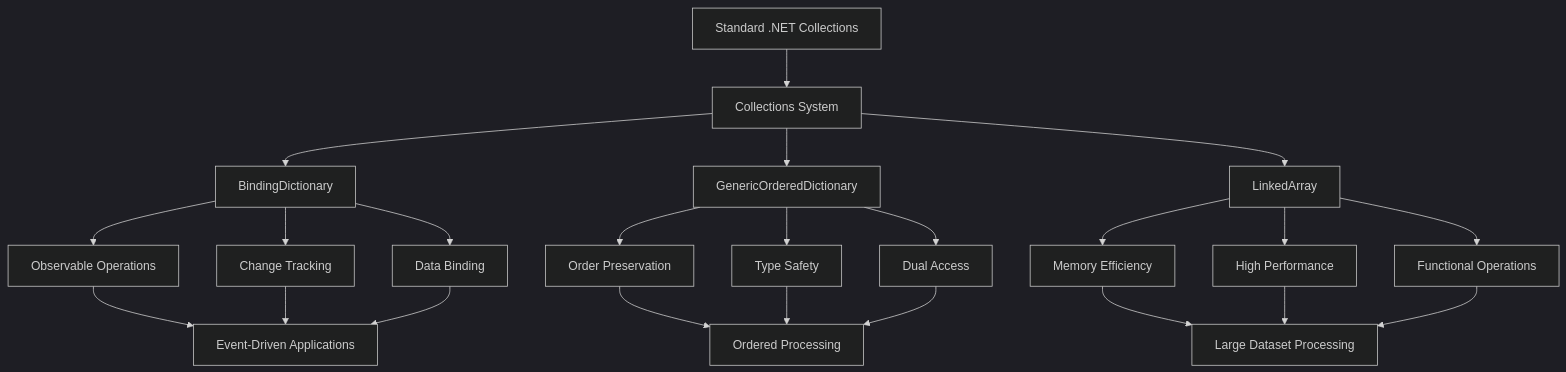
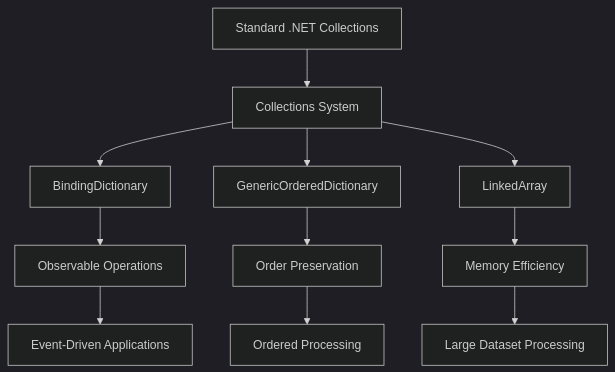
One commit to KiarashMinoo/ThunderPropagator.BuildingBlocks changed the diagram in docs/Application/Collections/README.md. Above: the diagram before and after it, drawn with Mermaid (dark theme). The commit also changed other lines of this file and 91 other files, not shown here.

````diff
--- a/docs/Application/Collections/README.md
+++ b/docs/Application/Collections/README.md
@@ -23,31 +15,15 @@
 ```mermaid
 graph TD
     A[Standard .NET Collections] --> B[Collections System]
     B --> C[BindingDictionary]
     B --> D[GenericOrderedDictionary] 
     B --> E[LinkedArray]
     
     C --> F[Observable Operations]
-    C --> G[Change Tracking]
-    C --> H[Data Binding]
+    D --> G[Order Preservation]
+    E --> H[Memory Efficiency]
     
-    D --> I[Order Preservation]
-    D --> J[Type Safety]
-    D --> K[Dual Access]
-    
-    E --> L[Memory Efficiency]
-    E --> M[High Performance]
-    E --> N[Functional Operations]
-    
-    F --> O[Event-Driven Applications]
-    G --> O
-    H --> O
-    
-    I --> P[Ordered Processing]
-    J --> P
-    K --> P
-    
-    L --> Q[Large Dataset Processing]
-    M --> Q
-    N --> Q
+    F --> I[Event-Driven Applications]
+    G --> J[Ordered Processing]
+    H --> K[Large Dataset Processing]
 ```
````
